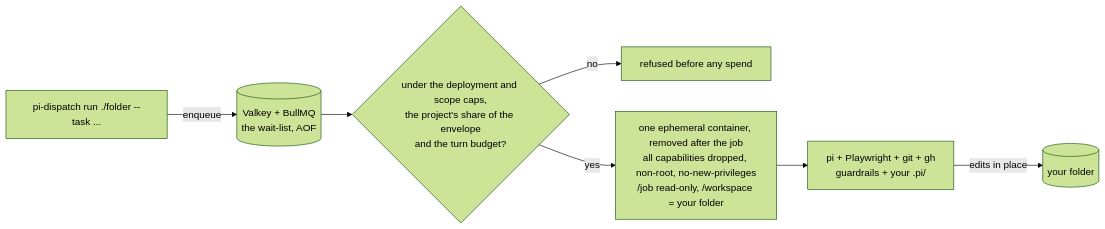
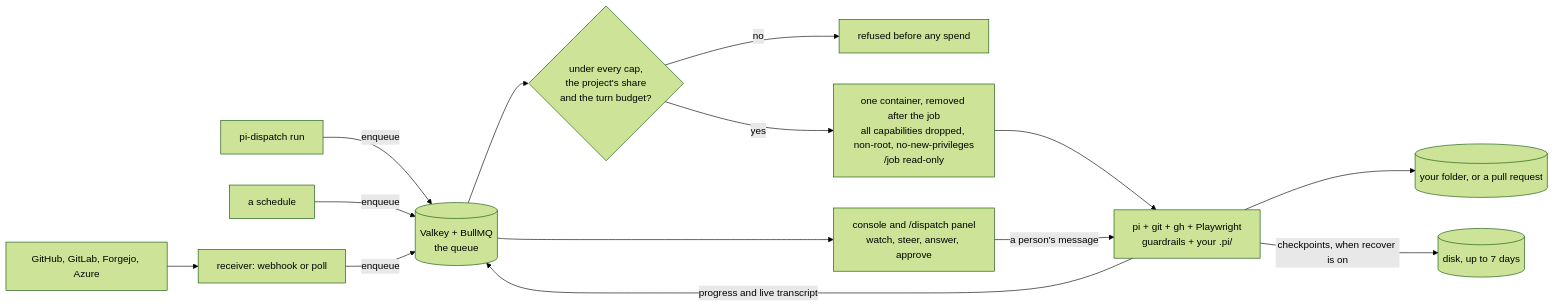
The diagram in README.md (edgehero/pi-dispatch), drawn with Mermaid (forest theme) before and after one commit. The commit also changed other lines of this file and 33 other files, not shown here.

````diff
--- a/README.md
+++ b/README.md
@@ -374,9 +324,15 @@
 ```mermaid
 flowchart LR
-  CLI["pi-dispatch run ./folder --task ..."] -->|enqueue| Q[("Valkey + BullMQ<br/>the wait-list, AOF")]
-  Q --> B{"under the deployment and scope caps,<br/>the project's share of the envelope<br/>and the turn budget?"}
+  CLI["pi-dispatch run"] -->|enqueue| Q
+  CRON["a schedule"] -->|enqueue| Q
+  FORGE["GitHub, GitLab, Forgejo, Azure"] --> R["receiver: webhook or poll"] -->|enqueue| Q
+  Q[("Valkey + BullMQ<br/>the queue")] --> B{"under every cap,<br/>the project's share<br/>and the turn budget?"}
   B -->|no| STOP["refused before any spend"]
-  B -->|yes| C["one ephemeral container, removed after the job<br/>all capabilities dropped, non-root, no-new-privileges<br/>/job read-only, /workspace = your folder"]
-  C --> PI["pi + Playwright + git + gh<br/>guardrails + your .pi/"]
-  PI -->|"edits in place"| F[("your folder")]
+  B -->|yes| C["one container, removed after the job<br/>all capabilities dropped, non-root, no-new-privileges<br/>/job read-only"]
+  C --> PI["pi + git + gh + Playwright<br/>guardrails + your .pi/"]
+  PI --> OUT[("your folder, or a pull request")]
+  PI -->|"checkpoints, when recover is on"| DISK[("disk, up to 7 days")]
+  PI -->|"progress and live transcript"| Q
+  Q --> CON["console and /dispatch panel<br/>watch, steer, answer, approve"]
+  CON -->|"a person's message"| PI
 ```
````
